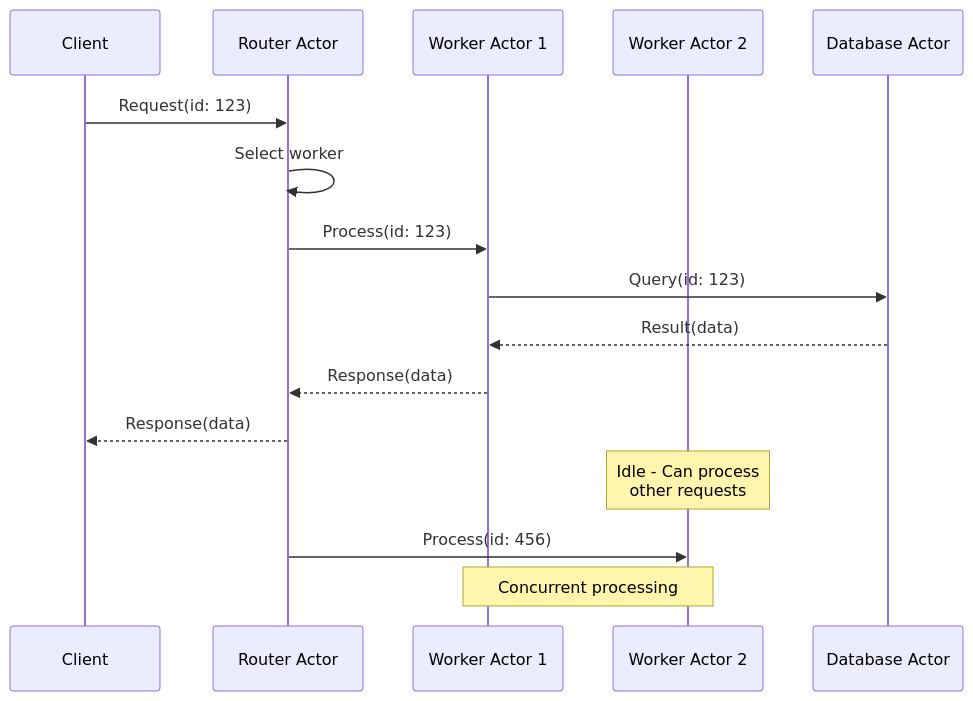
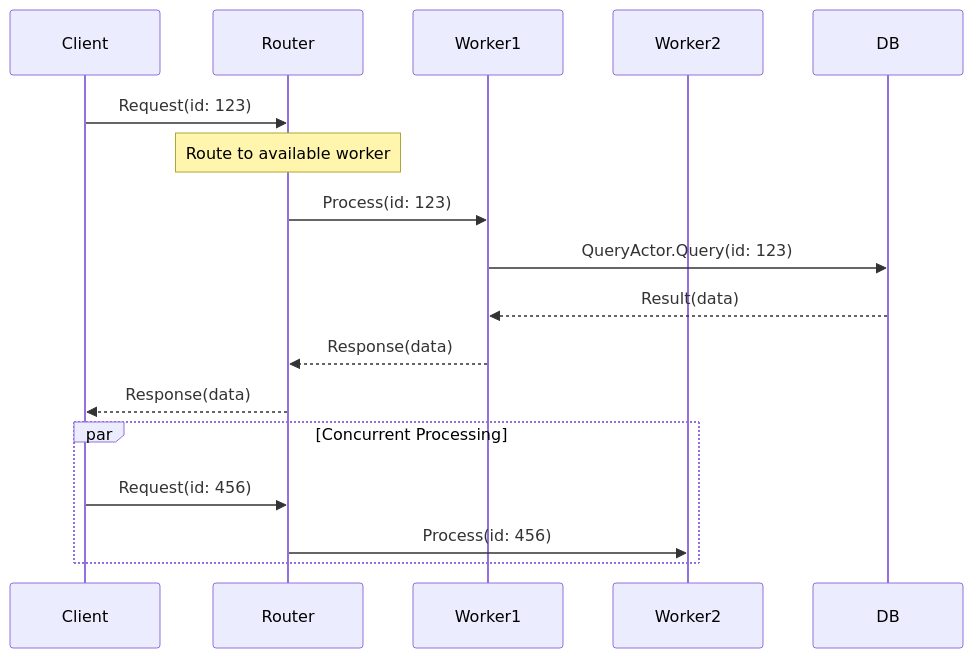
Before and after one commit to deepaucksharma/DStudio: the third of 6 diagrams in docs/pattern-library/coordination/actor-model.md, drawn with Mermaid. The commit also changed other lines of this file and 11 other files, not shown here.

````diff
--- a/docs/pattern-library/coordination/actor-model.md
+++ b/docs/pattern-library/coordination/actor-model.md
@@ -100,21 +178,21 @@
 ```mermaid
 sequenceDiagram
     participant Client
-    participant Router as Router Actor
-    participant Worker1 as Worker Actor 1
-    participant Worker2 as Worker Actor 2
-    participant DB as Database Actor
+    participant Router
+    participant Worker1
+    participant Worker2
+    participant DB
     
     Client->>Router: Request(id: 123)
-    Router->>Router: Select worker
+    Note over Router: Route to available worker
     Router->>Worker1: Process(id: 123)
-    Worker1->>DB: Query(id: 123)
+    Worker1->>DB: QueryActor.Query(id: 123)
     DB-->>Worker1: Result(data)
     Worker1-->>Router: Response(data)
     Router-->>Client: Response(data)
     
-    Note over Worker2: Idle - Can process<br/>other requests
-    
-    Router->>Worker2: Process(id: 456)
-    Note over Worker1,Worker2: Concurrent processing
+    par Concurrent Processing
+        Client->>Router: Request(id: 456)
+        Router->>Worker2: Process(id: 456)
+    end
 ```
````
